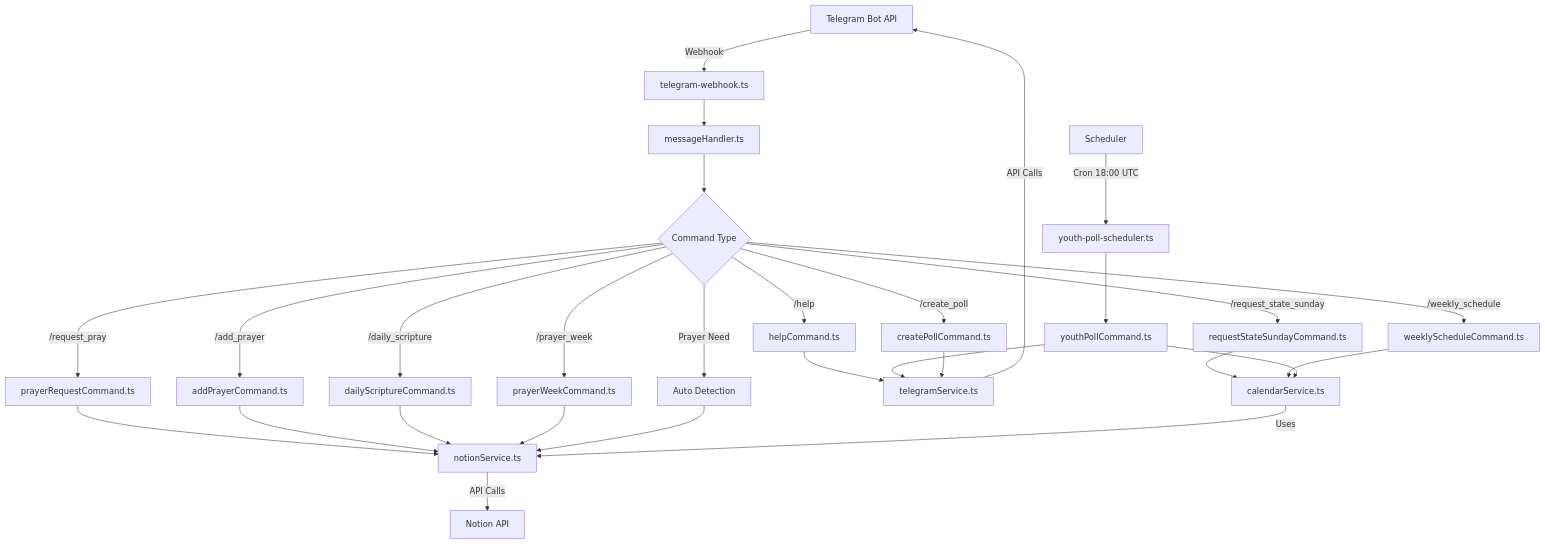
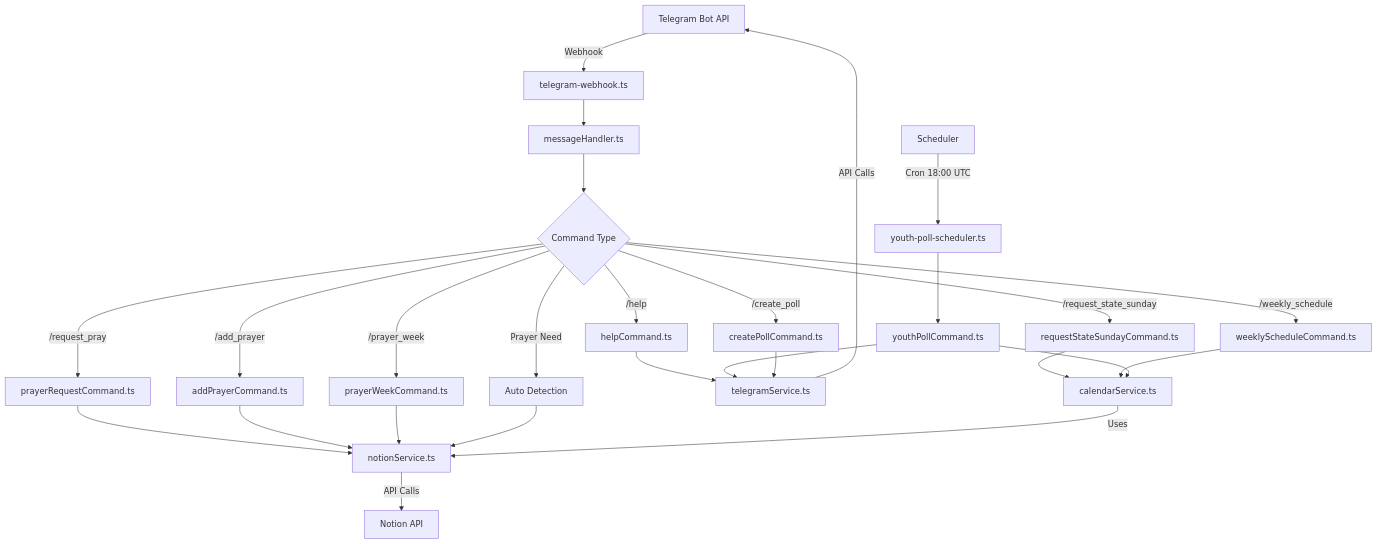
Before and after one commit to DenisArger/church-management-js: the first of 3 diagrams in docs/diagrams.md, drawn with Mermaid. The commit also changed other lines of this file and 104 other files, not shown here.

````diff
--- a/docs/diagrams.md
+++ b/docs/diagrams.md
@@ -5,35 +5,33 @@
 ```mermaid
 flowchart TD
     A[Telegram Bot API] -->|Webhook| B[telegram-webhook.ts]
     C[Scheduler] -->|Cron 18:00 UTC| D[youth-poll-scheduler.ts]
     
     B --> E[messageHandler.ts]
     D --> F[youthPollCommand.ts]
     
     E --> G{Command Type}
     G -->|/help| H[helpCommand.ts]
     G -->|/request_pray| I[prayerRequestCommand.ts]
     G -->|/add_prayer| J[addPrayerCommand.ts]
-    G -->|/daily_scripture| K[dailyScriptureCommand.ts]
     G -->|/request_state_sunday| L[requestStateSundayCommand.ts]
     G -->|/weekly_schedule| M[weeklyScheduleCommand.ts]
     G -->|/prayer_week| N[prayerWeekCommand.ts]
     G -->|/create_poll| O[createPollCommand.ts]
     G -->|Prayer Need| P[Auto Detection]
     
     H --> Q[telegramService.ts]
     I --> R[notionService.ts]
     J --> R
-    K --> R
     L --> S[calendarService.ts]
     M --> S
     N --> R
     F --> S
     F --> Q
     O --> Q
     P --> R
     
     Q -->|API Calls| A
     R -->|API Calls| T[Notion API]
     S -->|Uses| R
 ```
````
